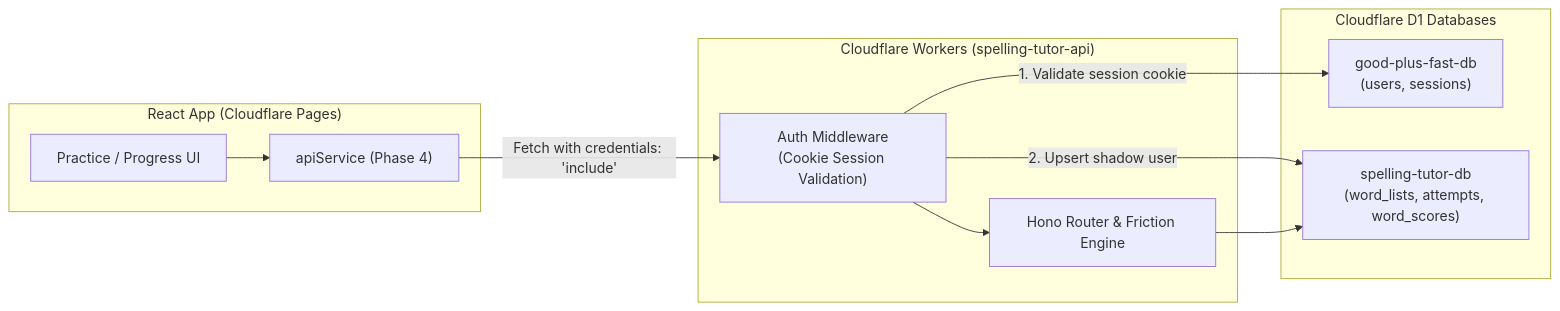
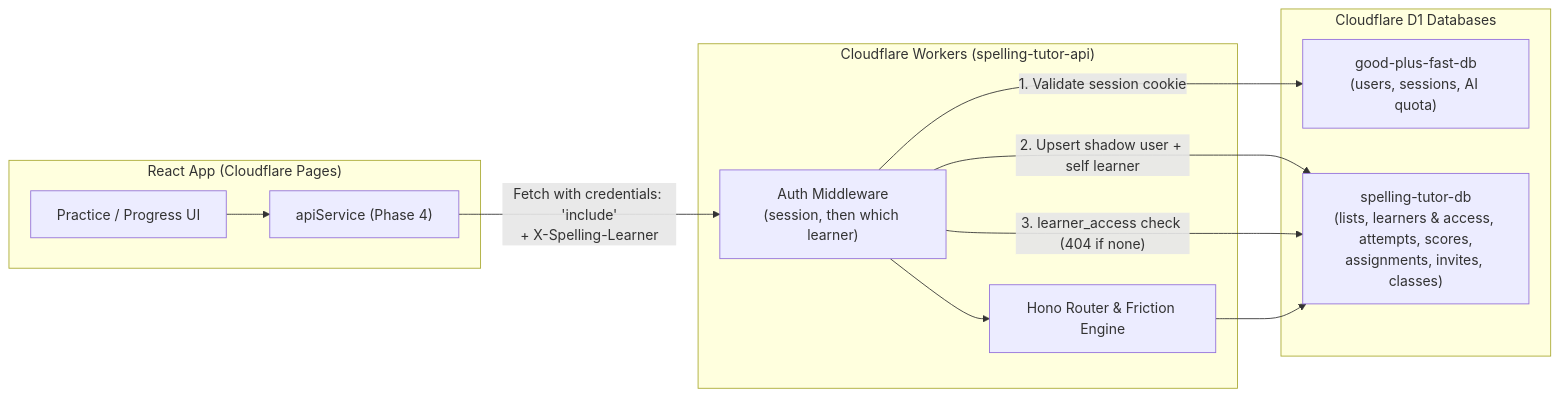
The diagram in docs/architecture/03_backend_and_schema.md (jerome-smith01/spelling), drawn with Mermaid before and after one commit. The commit also changed other lines of this file and 5 other files, not shown here.

First line of the commit message:
Docs: architecture updated for family and classroom accounts

````diff
--- a/docs/architecture/03_backend_and_schema.md
+++ b/docs/architecture/03_backend_and_schema.md
@@ -9,24 +9,25 @@
 ```mermaid
 flowchart LR
     subgraph Frontend["React App (Cloudflare Pages)"]
         UI["Practice / Progress UI"]
         SVC["apiService (Phase 4)"]
     end
 
     subgraph Edge["Cloudflare Workers (spelling-tutor-api)"]
-        AUTH["Auth Middleware\n(Cookie Session Validation)"]
+        AUTH["Auth Middleware\n(session, then which learner)"]
         HONO["Hono Router & Friction Engine"]
     end
 
     subgraph Storage["Cloudflare D1 Databases"]
-        GPF["good-plus-fast-db\n(users, sessions)"]
-        SPELL["spelling-tutor-db\n(word_lists, attempts, word_scores)"]
+        GPF["good-plus-fast-db\n(users, sessions, AI quota)"]
+        SPELL["spelling-tutor-db\n(lists, learners & access, attempts, scores,\nassignments, invites, classes)"]
     end
 
     UI --> SVC
-    SVC -->|"Fetch with credentials: 'include'"| AUTH
+    SVC -->|"Fetch with credentials: 'include'\n+ X-Spelling-Learner"| AUTH
     AUTH -->|"1. Validate session cookie"| GPF
-    AUTH -->|"2. Upsert shadow user"| SPELL
+    AUTH -->|"2. Upsert shadow user + self learner"| SPELL
+    AUTH -->|"3. learner_access check (404 if none)"| SPELL
     AUTH --> HONO
     HONO --> SPELL
 ```
````
